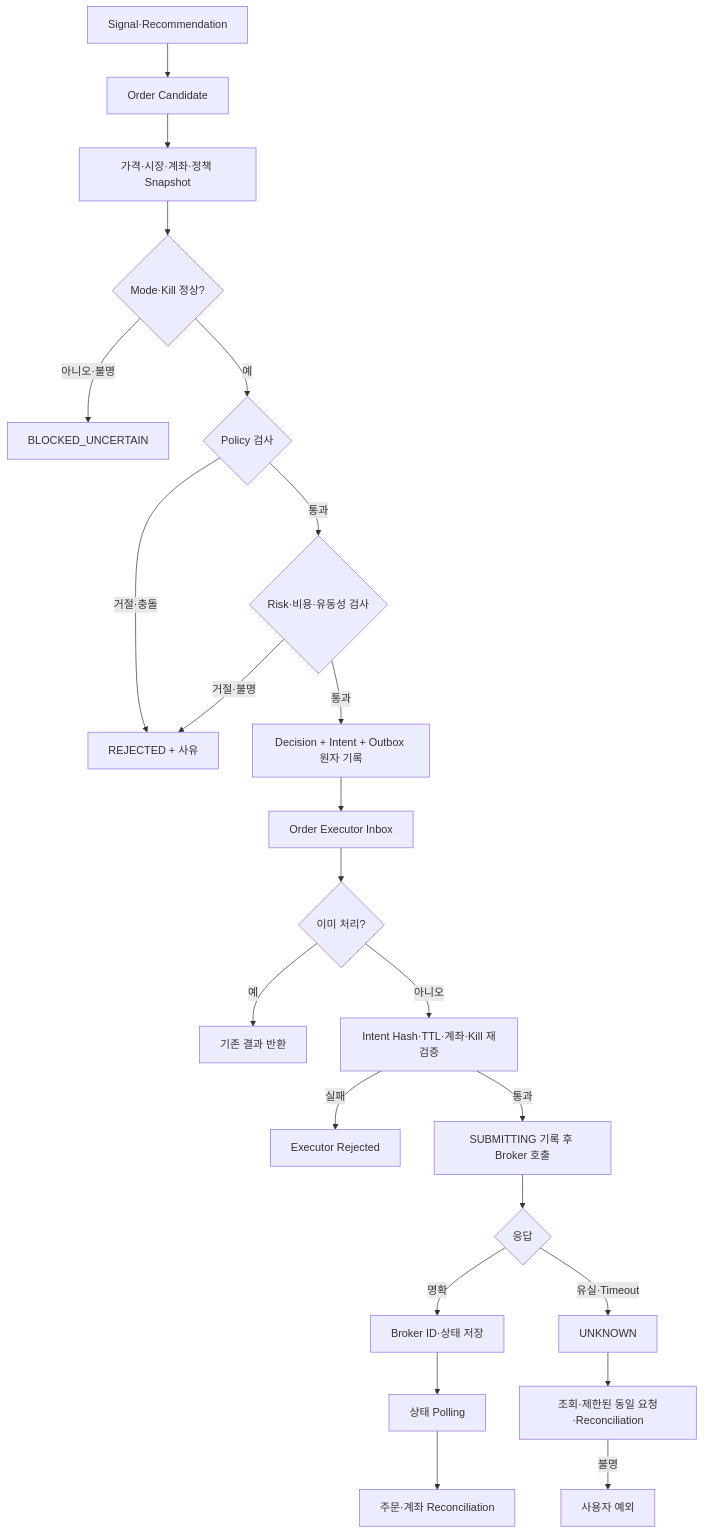
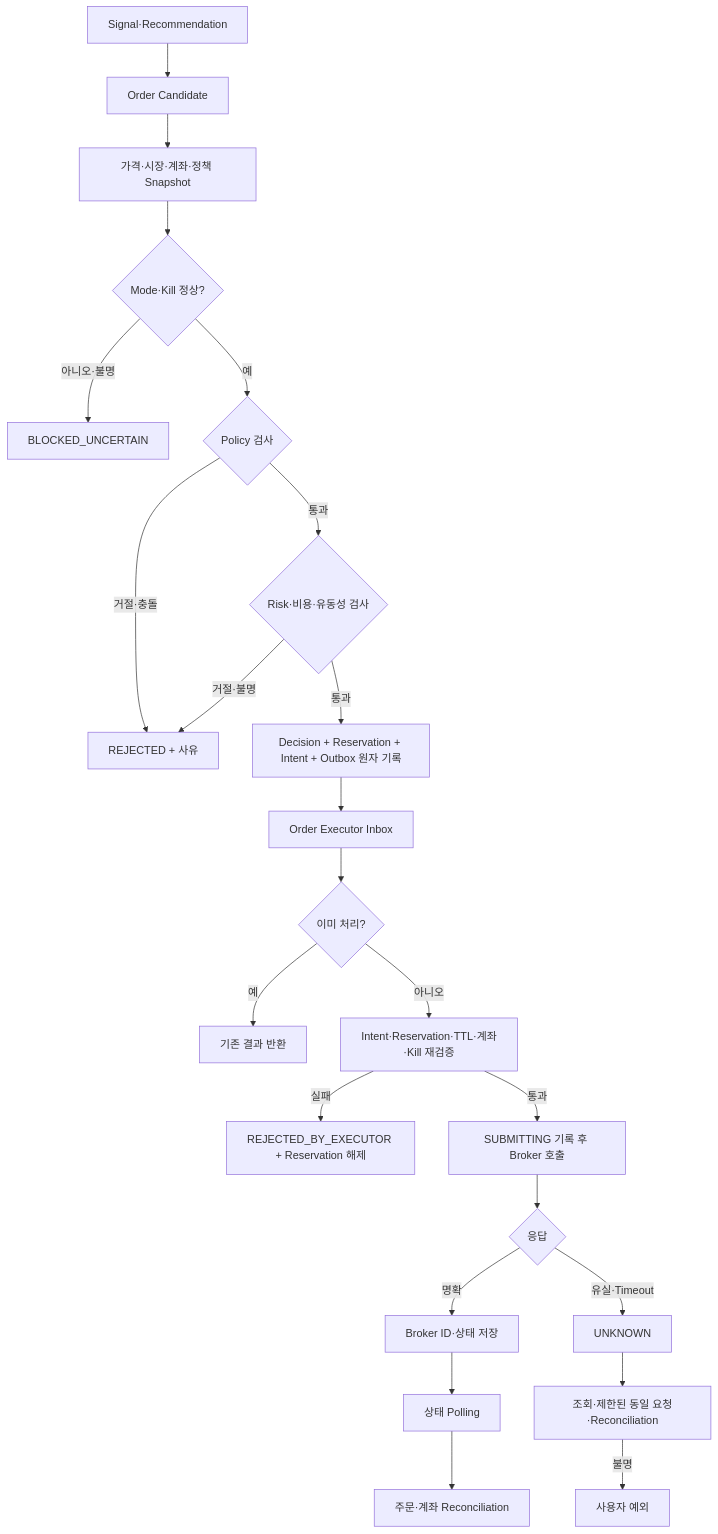
The diagram in docs/TRADING_SYSTEM.md (kkh1212/solo_project_data), drawn with Mermaid before and after one commit. The commit also changed other lines of this file and 12 other files, not shown here.

````diff
--- a/docs/TRADING_SYSTEM.md
+++ b/docs/TRADING_SYSTEM.md
@@ -62,25 +76,25 @@
 ```mermaid
 flowchart TD
     SIG["Signal·Recommendation"] --> CAND["Order Candidate"]
     CAND --> SNAP["가격·시장·계좌·정책 Snapshot"]
     SNAP --> MODE{"Mode·Kill 정상?"}
     MODE -->|아니오·불명| BLOCK["BLOCKED_UNCERTAIN"]
     MODE -->|예| POL{"Policy 검사"}
     POL -->|거절·충돌| REJ["REJECTED + 사유"]
     POL -->|통과| RISK{"Risk·비용·유동성 검사"}
     RISK -->|거절·불명| REJ
-    RISK -->|통과| TX["Decision + Intent + Outbox 원자 기록"]
+    RISK -->|통과| TX["Decision + Reservation + Intent + Outbox 원자 기록"]
     TX --> EXEC["Order Executor Inbox"]
     EXEC --> DUP{"이미 처리?"}
     DUP -->|예| OLD["기존 결과 반환"]
-    DUP -->|아니오| PRE["Intent Hash·TTL·계좌·Kill 재검증"]
-    PRE -->|실패| ER["Executor Rejected"]
+    DUP -->|아니오| PRE["Intent·Reservation·TTL·계좌·Kill 재검증"]
+    PRE -->|실패| ER["REJECTED_BY_EXECUTOR + Reservation 해제"]
     PRE -->|통과| SUB["SUBMITTING 기록 후 Broker 호출"]
     SUB --> RESP{"응답"}
     RESP -->|명확| SAVE["Broker ID·상태 저장"]
     RESP -->|유실·Timeout| UNK["UNKNOWN"]
     UNK --> REC["조회·제한된 동일 요청·Reconciliation"]
     REC -->|불명| MAN["사용자 예외"]
     SAVE --> POLL["상태 Polling"]
     POLL --> ACC["주문·계좌 Reconciliation"]
 ```
````
